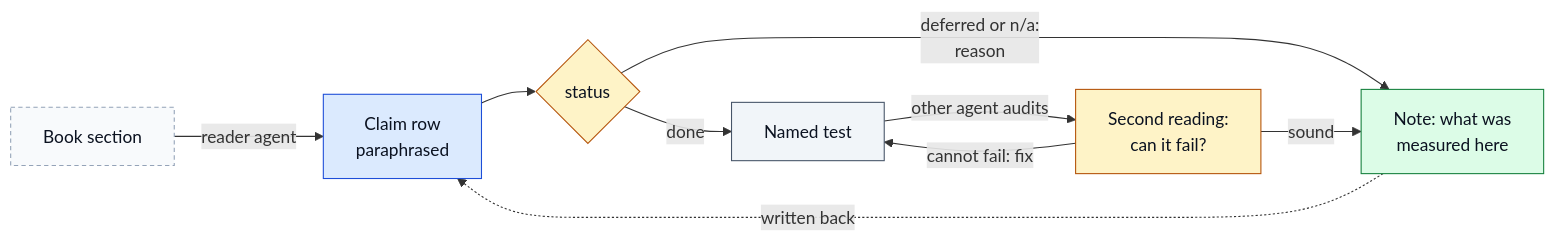
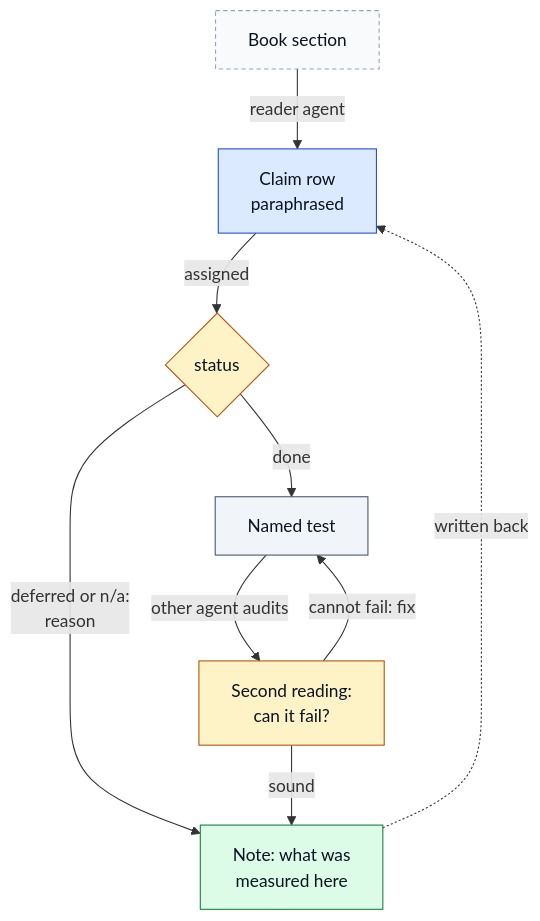
One commit to oscar-chw/agentic-quant-research changed the first of 4 diagrams in docs/system.md. Above: the diagram before and after it, drawn with Mermaid. The commit also changed other lines of this file and 2 other files, not shown here.

````diff
--- a/docs/system.md
+++ b/docs/system.md
@@ -26,22 +26,22 @@
 ```mermaid
-flowchart LR
+flowchart TB
     SEC["Book section"]:::ext
     ROW["Claim row<br/>paraphrased"]:::data
     ST{"status"}:::gate
     TEST["Named test"]:::step
     AUD["Second reading:<br/>can it fail?"]:::gate
     NOTE["Note: what was<br/>measured here"]:::out
     SEC -->|"reader agent"| ROW
-    ROW --> ST
+    ROW -->|"assigned"| ST
     ST -->|"done"| TEST
     ST -->|"deferred or n/a:<br/>reason"| NOTE
     TEST -->|"other agent audits"| AUD
     AUD -->|"cannot fail: fix"| TEST
     AUD -->|"sound"| NOTE
     NOTE -.->|"written back"| ROW
     classDef data fill:#dbeafe,stroke:#1d4ed8,color:#0b1220
     classDef step fill:#f1f5f9,stroke:#475569,color:#0b1220
     classDef gate fill:#fef3c7,stroke:#b45309,color:#0b1220
     classDef out fill:#dcfce7,stroke:#15803d,color:#0b1220
     classDef ext fill:#f8fafc,stroke:#94a3b8,color:#0b1220,stroke-dasharray:4 3
 ```
````
